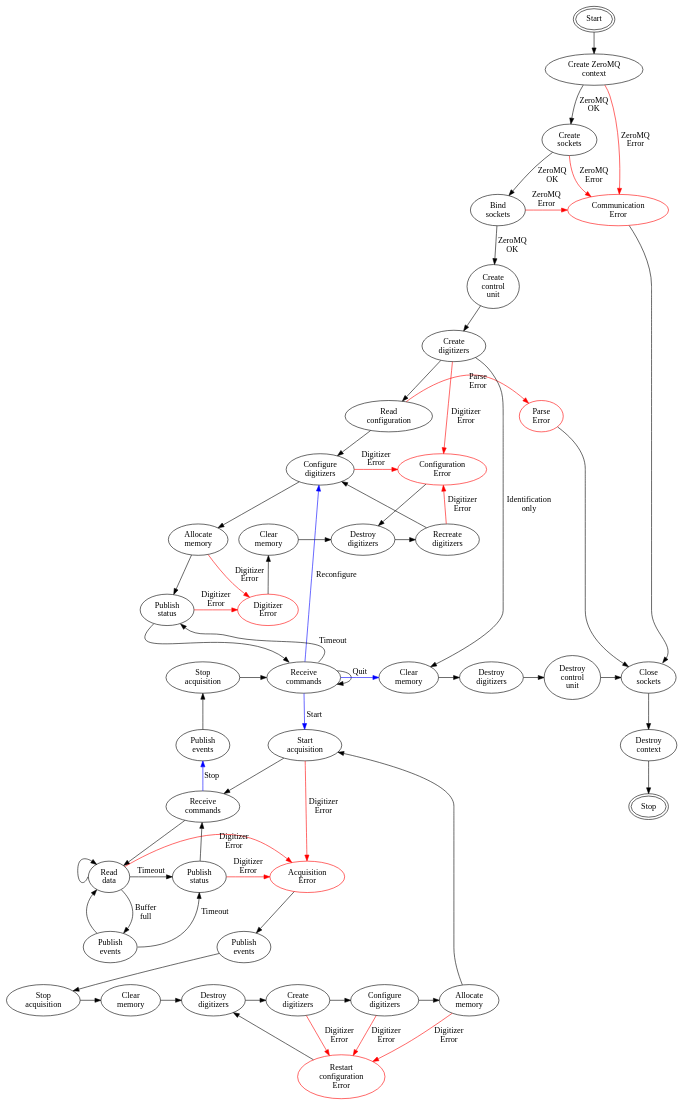
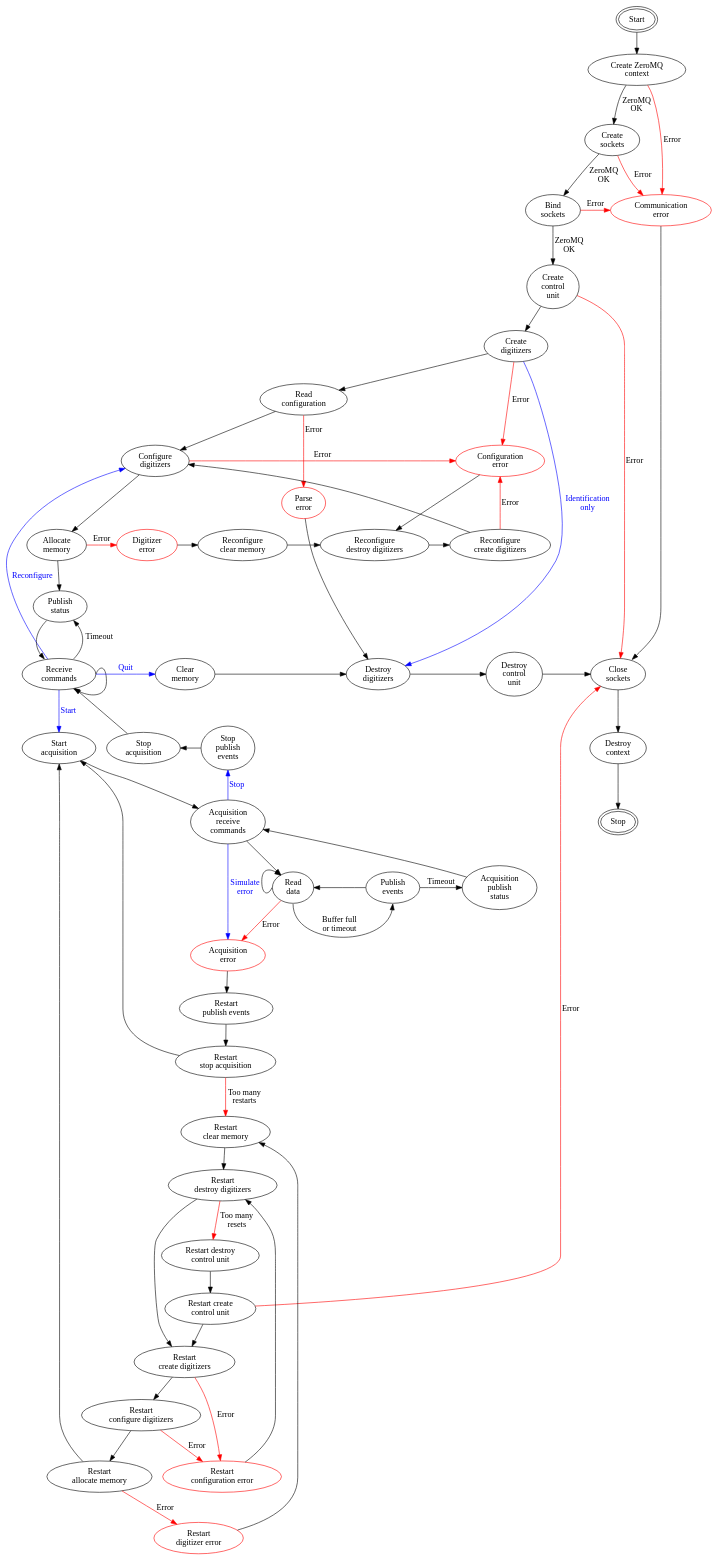
Before and after one commit to ec-jrc/abcd: the diagram in doc/absp.dot, drawn with Graphviz. The commit also changed 1 other file, not shown here.

```diff
--- a/doc/absp.dot
+++ b/doc/absp.dot
@@ -1,140 +1,140 @@
 digraph D {
     node [fontname = "Linux Biolinum"];
     edge [fontname = "Linux Biolinum"];
 
     start [label = "Start", peripheries = 2];
     create_context [label = "Create ZeroMQ\ncontext"];
     create_sockets [label = "Create\nsockets"];
     bind_sockets [label = "Bind\nsockets"];
+    create_control_unit [label = "Create\ncontrol\nunit"];
     read_config [label = "Read\nconfiguration"];
-    create_control_unit [label = "Create\ncontrol\nunit"];
     create_digitizer [label = "Create\ndigitizers"];
-    recreate_digitizer [label = "Recreate\ndigitizers"];
     configure_digitizer [label = "Configure\ndigitizers"];
     allocate_memory [label = "Allocate\nmemory"];
-    reconfigure_clear_memory [label = "Clear\nmemory"];
-    reconfigure_destroy_digitizer [label = "Destroy\ndigitizers"];
+    reconfigure_create_digitizer [label = "Reconfigure\ncreate digitizers"];
+    reconfigure_clear_memory [label = "Reconfigure\nclear memory"];
+    reconfigure_destroy_digitizer [label = "Reconfigure\ndestroy digitizers"];
 
     receive_commands [label = "Receive\ncommands"];
     publish_status [label = "Publish\nstatus"];
     start_acquisition [label = "Start\nacquisition"];
     stop_acquisition [label = "Stop\nacquisition"];
 
-    acquisition_receive_commands [label = "Receive\ncommands"];
+    acquisition_receive_commands [label = "Acquisition\nreceive\ncommands"];
     read_data [label = "Read\ndata"];
     publish_events [label = "Publish\nevents"];
-    acquisition_publish_status [label = "Publish\nstatus"];
-    stop_publish_events [label = "Publish\nevents"];
+    acquisition_publish_status [label = "Acquisition\npublish\nstatus"];
+    stop_publish_events [label = "Stop\npublish\nevents"];
 
-    restart_publish_events [label = "Publish\nevents"];
-    restart_stop_acquisition [label = "Stop\nacquisition"];
-    restart_clear_memory [label = "Clear\nmemory"];
-    restart_destroy_digitizer [label = "Destroy\ndigitizers"];
-    restart_create_digitizer [label = "Create\ndigitizers"];
-    restart_configure_digitizer [label = "Configure\ndigitizers"];
-    restart_allocate_memory [label = "Allocate\nmemory"];
+    restart_publish_events [label = "Restart\npublish events"];
+    restart_stop_acquisition [label = "Restart\nstop acquisition"];
+    restart_clear_memory [label = "Restart\nclear memory"];
+    restart_destroy_digitizer [label = "Restart\ndestroy digitizers"];
+    restart_destroy_control_unit [label = "Restart destroy\ncontrol unit"];
+    restart_create_control_unit [label = "Restart create\ncontrol unit"];
+    restart_create_digitizer [label = "Restart\ncreate digitizers"];
+    restart_configure_digitizer [label = "Restart\nconfigure digitizers"];
+    restart_allocate_memory [label = "Restart\nallocate memory"];
 
     clear_memory [label = "Clear\nmemory"];
     destroy_digitizer [label = "Destroy\ndigitizers"];
     destroy_control_unit [label = "Destroy\ncontrol\nunit"];
     close_sockets [label = "Close\nsockets"];
     destroy_context [label = "Destroy\ncontext"];
     stop [label = "Stop", peripheries = 2];
 
-    communication_error [label = "Communication\nError", color = "red"];
-    parse_error [label = "Parse\nError", color = "red"];
-    digitizer_error [label = "Digitizer\nError", color = "red"];
-    configure_error [label = "Configuration\nError", color = "red"];
-    acquisition_error [label = "Acquisition\nError", color = "red"];
-    restart_configure_error [label = "Restart\nconfiguration\nError", color = "red"];
+    communication_error [label = "Communication\nerror", color = "red"];
+    parse_error [label = "Parse\nerror", color = "red"];
+    digitizer_error [label = "Digitizer\nerror", color = "red"];
+    configure_error [label = "Configuration\nerror", color = "red"];
+    acquisition_error [label = "Acquisition\nerror", color = "red"];
+    restart_configure_error [label = "Restart\nconfiguration error", color = "red"];
+    restart_digitizer_error [label = "Restart\ndigitizer error", color = "red"];
 
     {rank = "source"; start}
     {rank = "same"; bind_sockets communication_error}
-    {rank = "same"; read_config parse_error}
     {rank = "same"; configure_digitizer configure_error}
-    //{rank = "same"; receive_commands stop_acquisition}
-    {rank = "same"; allocate_memory reconfigure_clear_memory reconfigure_destroy_digitizer recreate_digitizer}
-    {rank = "same"; publish_status digitizer_error}
-    {rank = "same"; start_acquisition stop_publish_events}
-    {rank = "same"; receive_commands stop_acquisition clear_memory destroy_digitizer destroy_control_unit close_sockets}
-    {rank = "same"; acquisition_receive_commands}
-    {rank = "same"; read_data acquisition_publish_status acquisition_error}
-    {rank = "same"; restart_stop_acquisition restart_clear_memory restart_destroy_digitizer restart_create_digitizer restart_configure_digitizer restart_allocate_memory}
+    {rank = "same"; allocate_memory digitizer_error reconfigure_clear_memory reconfigure_destroy_digitizer reconfigure_create_digitizer}
+    {rank = "same"; publish_status}
+    {rank = "same"; receive_commands clear_memory destroy_digitizer destroy_control_unit close_sockets}
+    {rank = "same"; start_acquisition stop_acquisition stop_publish_events}
+    {rank = "same"; read_data publish_events acquisition_publish_status}
 
     start -> create_context;
     create_context -> create_sockets [label = "ZeroMQ\nOK"];
     create_sockets -> bind_sockets [label = "ZeroMQ\nOK"];
     bind_sockets -> create_control_unit [label = "ZeroMQ\nOK"];
     create_control_unit -> create_digitizer;
-    create_digitizer -> clear_memory [label = "Identification\nonly"];
+    create_digitizer -> destroy_digitizer [label = "Identification\nonly", color = "blue", fontcolor = "blue"];
     create_digitizer -> read_config;
     read_config -> configure_digitizer;
-    recreate_digitizer -> configure_digitizer;
     configure_digitizer -> allocate_memory;
     allocate_memory -> publish_status;
-    reconfigure_destroy_digitizer -> recreate_digitizer;
-    receive_commands -> receive_commands;
+    reconfigure_clear_memory -> reconfigure_destroy_digitizer;
+    reconfigure_destroy_digitizer -> reconfigure_create_digitizer;
+    reconfigure_create_digitizer -> configure_digitizer;
+    publish_status -> receive_commands [tailport = "sw", headport = "nw"];
+    receive_commands -> receive_commands [tailport = "e", headport = "se"];
     receive_commands -> publish_status [label = "Timeout", tailport = "ne", headport = "se"];
-    publish_status -> receive_commands [tailport = "sw", headport = "nw"];
-    receive_commands -> start_acquisition [label = "Start", color = "blue"];
+    receive_commands -> start_acquisition [label = "Start", color = "blue", fontcolor = "blue"];
+    receive_commands -> configure_digitizer [label = "Reconfigure", color = "blue", fontcolor = "blue"];
+    receive_commands -> clear_memory [label = "Quit", color = "blue", fontcolor = "blue"];
     start_acquisition -> acquisition_receive_commands;
-    start_acquisition -> acquisition_error [label = "Digitizer\nError", color = "red"];
     acquisition_receive_commands -> read_data;
+    acquisition_receive_commands -> stop_publish_events [label = "Stop", color = "blue", weight=8, fontcolor = "blue"];
+    acquisition_receive_commands -> acquisition_error [label = "Simulate\nerror", color = "blue", weight=8, fontcolor = "blue"];
     //acquisition_receive_commands -> read_data [tailport = "se", headport = "ne"];
     //acquisition_receive_commands -> poll_digitizer [tailport = "se", headport = "ne"];
     //poll_digitizer -> read_data [label = "Event(s)\navailable"];
-    read_data -> acquisition_publish_status [label = "Timeout"];
-    read_data -> publish_events [label = "Buffer\nfull", tailport = "se", headport = "ne"];
+    read_data -> publish_events [label = "Buffer full\nor timeout", tailport = "s", headport = "s"];
     read_data -> read_data [tailport = "w", headport = "nw"];
-    publish_events -> read_data [tailport = "nw", headport = "sw"];
-    publish_events -> acquisition_publish_status [label = "Timeout", tailport = "e", headport = "s"];
+    read_data -> acquisition_error [label = "Error", color = "red"];
+    publish_events -> read_data;
+    publish_events -> acquisition_publish_status [label = "Timeout"];
     acquisition_publish_status -> acquisition_receive_commands;
-    acquisition_publish_status -> acquisition_error [label = "Digitizer\nError", color = "red"];
     //poll_digitizer -> acquisition_publish_status [label = "No events\navailable"];
-    acquisition_receive_commands -> stop_publish_events [label = "Stop", color = "blue", weight=8];
     stop_publish_events -> stop_acquisition [weight=8];
     stop_acquisition -> receive_commands;
+
     clear_memory -> destroy_digitizer;
-    receive_commands -> configure_digitizer [label = "Reconfigure", color = "blue"];
 
-    parse_error -> close_sockets;
+    create_context -> communication_error [label = "Error", color = "red"];
+    create_sockets -> communication_error [label = "Error", color = "red"];
+    bind_sockets -> communication_error [label = "Error", color = "red"];
+    communication_error -> close_sockets [headport = "ne"];
+    create_control_unit -> close_sockets [label = "Error", color = "red"];
+    restart_create_control_unit -> close_sockets [label = "Error", color = "red"];
 
-    create_context -> communication_error [label = "ZeroMQ\nError", color = "red"];
-    create_sockets -> communication_error [label = "ZeroMQ\nError", color = "red"];
-    bind_sockets -> communication_error [label = "ZeroMQ\nError", color = "red"];
-    communication_error -> close_sockets [headport = "ne"];
-
-    create_digitizer -> configure_error [label = "Digitizer\nError", color = "red"];
-    recreate_digitizer -> configure_error [label = "Digitizer\nError", color = "red"];
-    read_config -> parse_error [label = "Parse\nError", color = "red"];
-    configure_digitizer -> configure_error [label = "Digitizer\nError", color = "red"];
-    publish_status -> digitizer_error [label = "Digitizer\nError", color = "red"];
-    allocate_memory -> digitizer_error [label = "Digitizer\nError", color = "red"];
+    create_digitizer -> configure_error [label = "Error", color = "red"];
+    reconfigure_create_digitizer -> configure_error [label = "Error", color = "red"];
+    read_config -> parse_error [label = "Error", color = "red"];
+    parse_error -> destroy_digitizer;
+    configure_digitizer -> configure_error [label = "Error", color = "red"];
+    allocate_memory -> digitizer_error [label = "Error", color = "red"];
     configure_error -> reconfigure_destroy_digitizer;
     digitizer_error -> reconfigure_clear_memory;
-    reconfigure_clear_memory -> reconfigure_destroy_digitizer;
 
+    acquisition_error -> restart_publish_events;
     restart_publish_events -> restart_stop_acquisition;
-    restart_create_digitizer -> restart_configure_error [label = "Digitizer\nError", color = "red"];
-    restart_configure_digitizer -> restart_configure_error [label = "Digitizer\nError", color = "red"];
-    restart_allocate_memory -> restart_configure_error [label = "Digitizer\nError", color = "red"];
-    restart_configure_error -> restart_destroy_digitizer;
-
-    //poll_digitizer -> acquisition_error [label = "Digitizer\nError", color = "red"];
-    read_data -> acquisition_error [label = "Digitizer\nError", color = "red"];
-    acquisition_error -> restart_publish_events;
-    restart_stop_acquisition -> restart_clear_memory;
+    restart_stop_acquisition -> start_acquisition;
+    restart_stop_acquisition -> restart_clear_memory [label = "Too many\nrestarts", color = "red"];
     restart_clear_memory -> restart_destroy_digitizer;
     restart_destroy_digitizer -> restart_create_digitizer;
+    restart_destroy_digitizer -> restart_destroy_control_unit [label = "Too many\nresets", color = "red"];
+    restart_destroy_control_unit -> restart_create_control_unit;
+    restart_create_control_unit -> restart_create_digitizer;
     restart_create_digitizer -> restart_configure_digitizer;
     restart_configure_digitizer -> restart_allocate_memory;
     restart_allocate_memory -> start_acquisition;
 
+    restart_create_digitizer -> restart_configure_error [label = "Error", color = "red"];
+    restart_configure_digitizer -> restart_configure_error [label = "Error", color = "red"];
+    restart_allocate_memory -> restart_digitizer_error [label = "Error", color = "red"];
+    restart_configure_error -> restart_destroy_digitizer;
+    restart_digitizer_error -> restart_clear_memory;
 
-    //receive_commands -> destroy_digitizer [label = "Off or SIGINT\nor SIGTERM", color = "blue"];
-    receive_commands -> clear_memory [label = "Quit", color = "blue"];
     destroy_digitizer -> destroy_control_unit;
     destroy_control_unit -> close_sockets;
     close_sockets -> destroy_context;
     destroy_context -> stop;
 }
```
